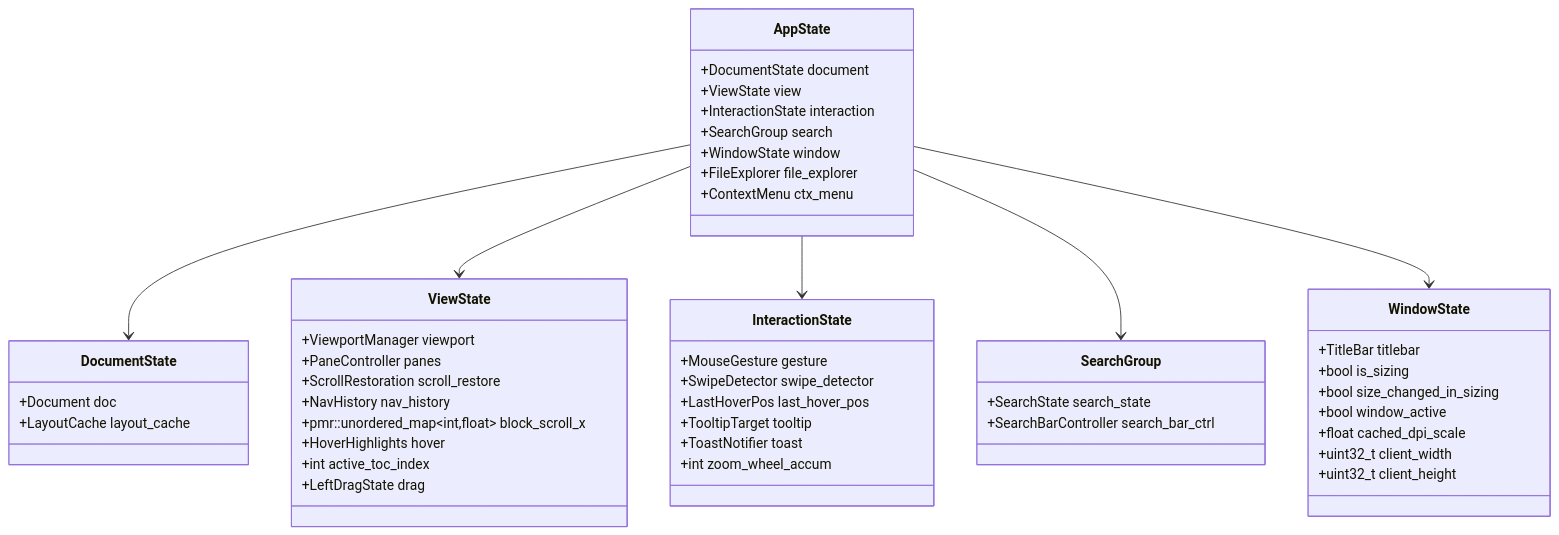
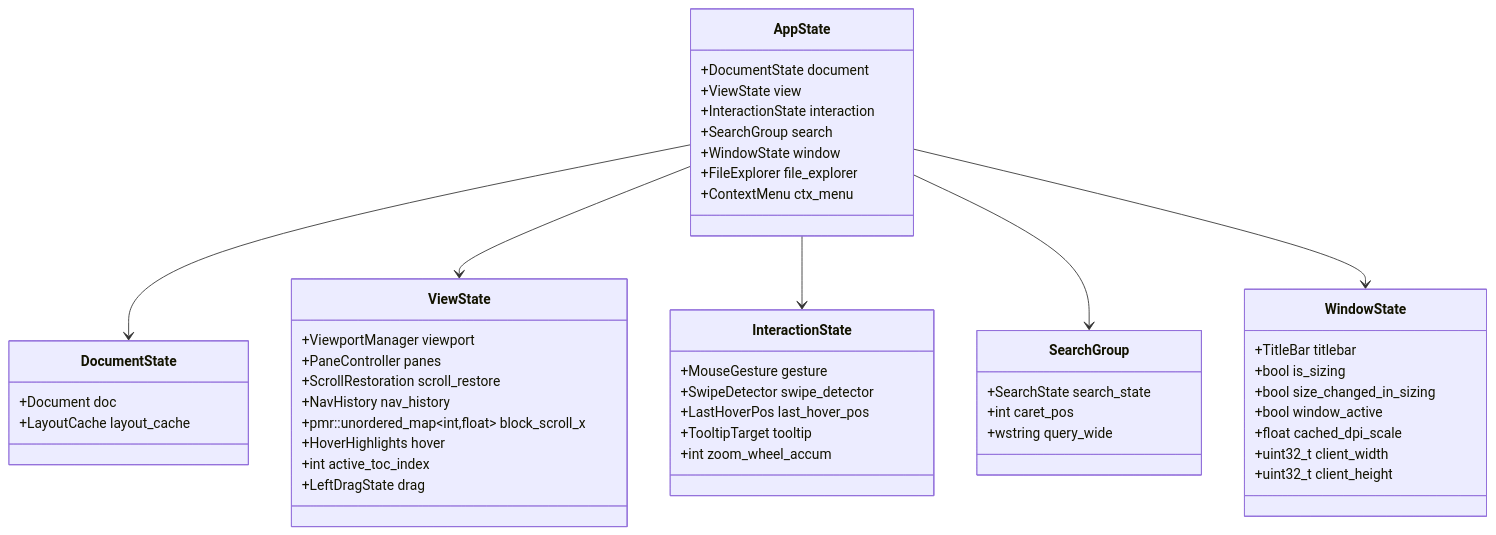
Before and after one commit to tanaton/mendo: the fourth of 27 diagrams in example/test.md, drawn with Mermaid. The commit also changed other lines of this file and 161 other files, not shown here.

````diff
--- a/example/test.md
+++ b/example/test.md
@@ -573,58 +565,58 @@
 ```mermaid
 classDiagram
     class AppState {
         +DocumentState document
         +ViewState view
         +InteractionState interaction
         +SearchGroup search
         +WindowState window
         +FileExplorer file_explorer
         +ContextMenu ctx_menu
     }
 
     class DocumentState {
         +Document doc
         +LayoutCache layout_cache
     }
 
     class ViewState {
         +ViewportManager viewport
         +PaneController panes
         +ScrollRestoration scroll_restore
         +NavHistory nav_history
         +pmr::unordered_map~int,float~ block_scroll_x
         +HoverHighlights hover
         +int active_toc_index
         +LeftDragState drag
     }
 
     class InteractionState {
         +MouseGesture gesture
         +SwipeDetector swipe_detector
         +LastHoverPos last_hover_pos
         +TooltipTarget tooltip
-        +ToastNotifier toast
         +int zoom_wheel_accum
     }
 
     class SearchGroup {
         +SearchState search_state
-        +SearchBarController search_bar_ctrl
+        +int caret_pos
+        +wstring query_wide
     }
 
     class WindowState {
         +TitleBar titlebar
         +bool is_sizing
         +bool size_changed_in_sizing
         +bool window_active
         +float cached_dpi_scale
         +uint32_t client_width
         +uint32_t client_height
     }
 
     AppState --> DocumentState
     AppState --> ViewState
     AppState --> InteractionState
     AppState --> SearchGroup
     AppState --> WindowState
 ```
````
